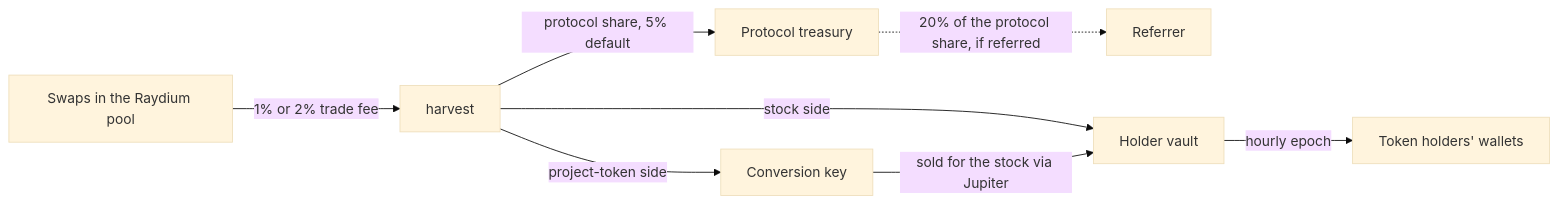
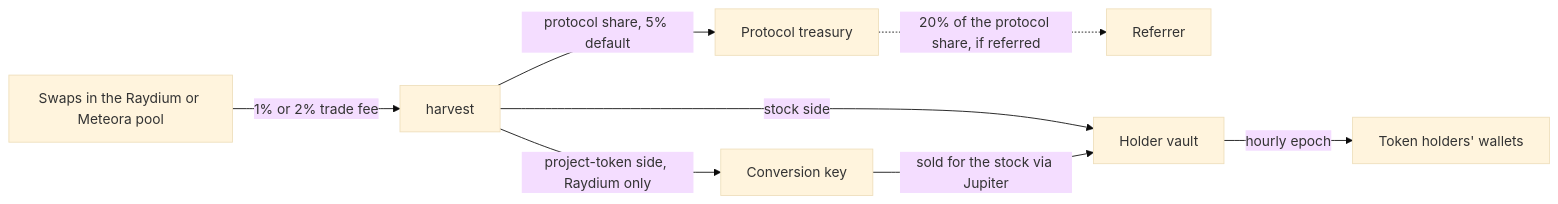
One commit to noahhaufer/restock-docs changed the diagram in docs/how-it-works.md. Above: the diagram before and after it, drawn with Mermaid (base theme). The commit also changed other lines of this file and 4 other files, not shown here.

First line of the commit message:
Meteora DAMM v2 alongside Raydium, all four stock issuers, and which venue a pool uses

````diff
--- a/docs/how-it-works.md
+++ b/docs/how-it-works.md
@@ -47,10 +80,10 @@
 ```mermaid
 flowchart LR
-  T[Swaps in the Raydium pool] -->|1% or 2% trade fee| H[harvest]
+  T[Swaps in the Raydium or Meteora pool] -->|1% or 2% trade fee| H[harvest]
   H -->|protocol share, 5% default| P[Protocol treasury]
   P -.->|20% of the protocol share, if referred| R[Referrer]
   H -->|stock side| V[Holder vault]
-  H -->|project-token side| C[Conversion key]
+  H -->|project-token side, Raydium only| C[Conversion key]
   C -->|sold for the stock via Jupiter| V
   V -->|hourly epoch| E[Token holders' wallets]
 ```
````
